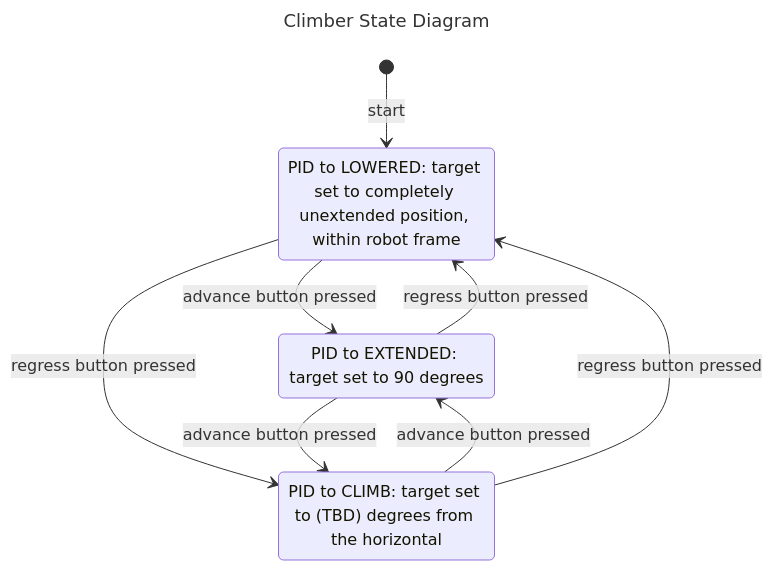
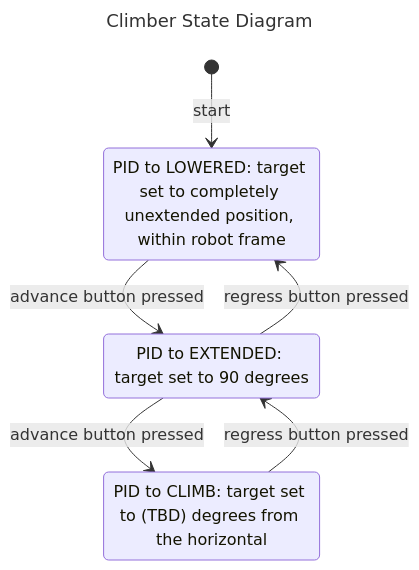
The diagram in doc/ClimberFSM.md (Tino-FRC-2473/FRC2025), drawn with Mermaid before and after one commit.

Commit message:
Revise climber state diagram

````diff
--- a/doc/ClimberFSM.md
+++ b/doc/ClimberFSM.md
@@ -3,18 +3,16 @@
 ```mermaid
 ---
 title: Climber State Diagram
 ---
 stateDiagram-v2
 state "PID to LOWERED: target set to completely unextended position, within robot frame" as LOWERED
 state "PID to EXTENDED: target set to 90 degrees" as EXTENDED
 state "PID to CLIMB: target set to (TBD) degrees from the horizontal" as CLIMB
 [*] --> LOWERED: start
 
 
 LOWERED --> EXTENDED: advance button pressed
-LOWERED --> CLIMB: regress button pressed
 EXTENDED --> CLIMB: advance button pressed
 EXTENDED --> LOWERED: regress button pressed
-CLIMB --> EXTENDED: advance button pressed
-CLIMB --> LOWERED: regress button pressed
+CLIMB --> EXTENDED: regress button pressed
 ```
````
